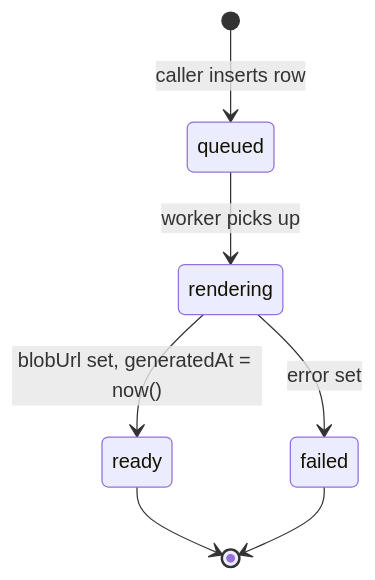
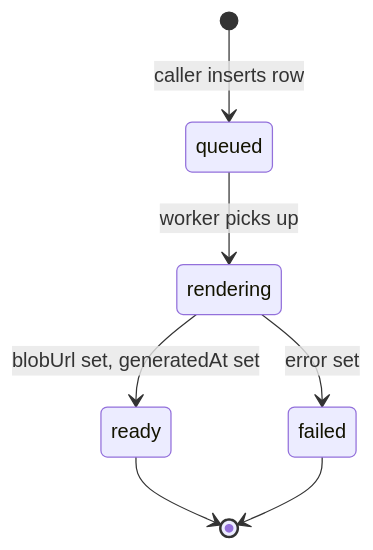
One commit to tajalagawani/BOQs-master changed the second of 2 diagrams in docs/modules/procurex/operational-modules.md. Above: the diagram before and after it, drawn with Mermaid. The commit also changed other lines of this file and 8 other files, not shown here.

First line of the commit message:
fix(docs): mermaid 11 syntax across 18 diagrams in 9 module docs

````diff
--- a/docs/modules/procurex/operational-modules.md
+++ b/docs/modules/procurex/operational-modules.md
@@ -359,9 +359,9 @@
 ```mermaid
 stateDiagram-v2
     [*] --> queued: caller inserts row
     queued --> rendering: worker picks up
-    rendering --> ready: blobUrl set, generatedAt = now()
+    rendering --> ready: blobUrl set, generatedAt set
     rendering --> failed: error set
     ready --> [*]
     failed --> [*]
 ```
````
